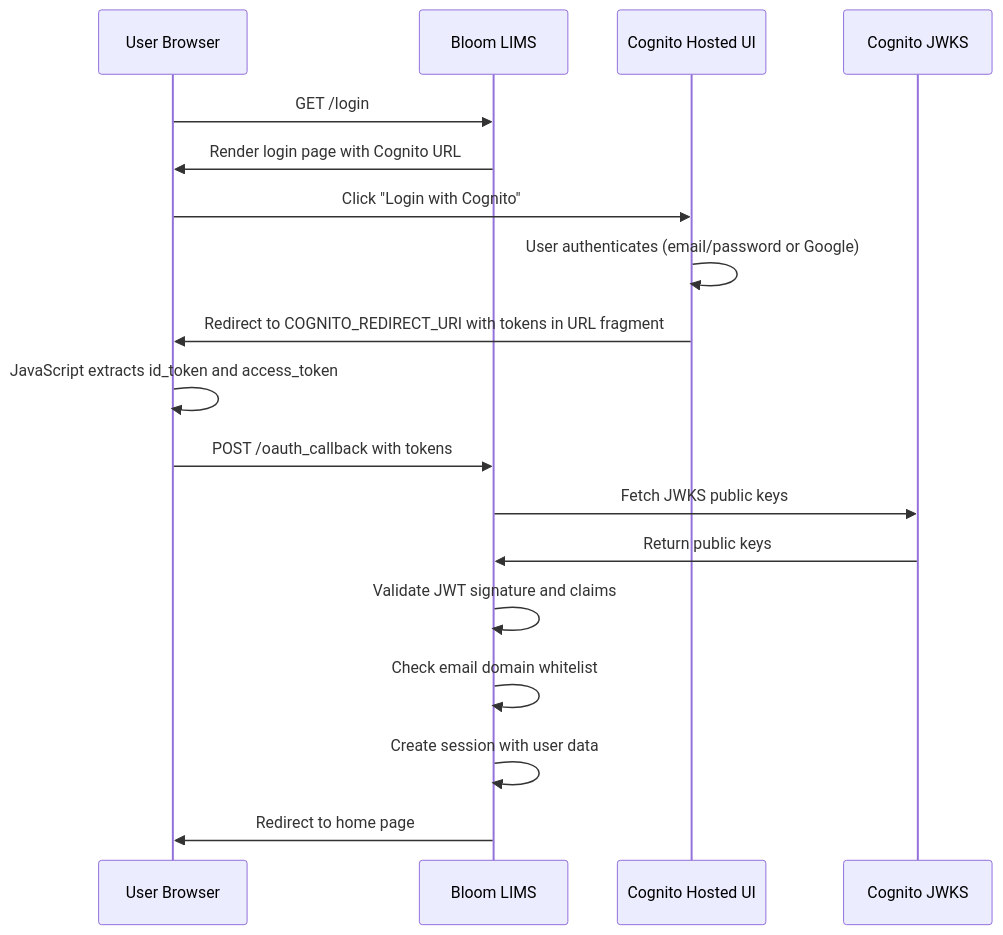
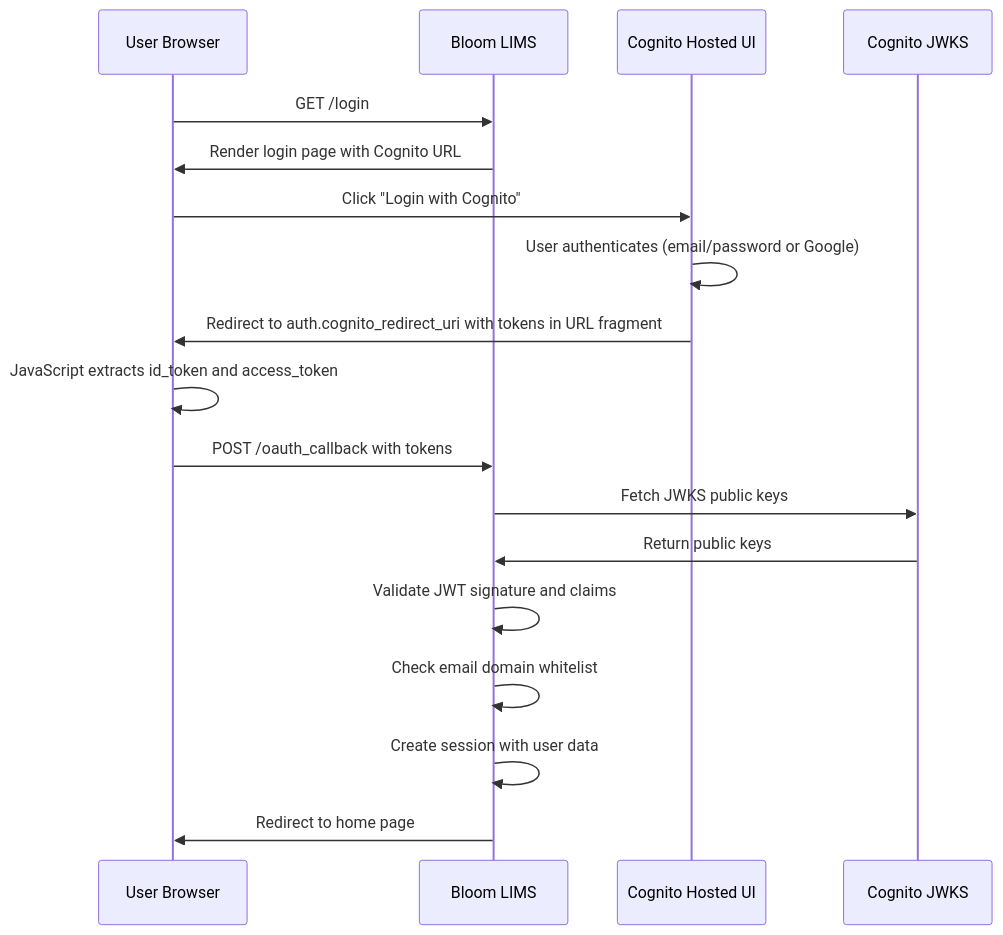
The diagram in bloom_lims/docs/cognito.md (Daylily-Informatics/bloom), drawn with Mermaid before and after one commit. The commit also changed other lines of this file and 11 other files, not shown here.

````diff
--- a/bloom_lims/docs/cognito.md
+++ b/bloom_lims/docs/cognito.md
@@ -469,21 +447,21 @@
 ```mermaid
 sequenceDiagram
     participant U as User Browser
     participant B as Bloom LIMS
     participant C as Cognito Hosted UI
     participant J as Cognito JWKS
 
     U->>B: GET /login
     B->>U: Render login page with Cognito URL
     U->>C: Click "Login with Cognito"
     C->>C: User authenticates (email/password or Google)
-    C->>U: Redirect to COGNITO_REDIRECT_URI with tokens in URL fragment
+    C->>U: Redirect to auth.cognito_redirect_uri with tokens in URL fragment
     U->>U: JavaScript extracts id_token and access_token
     U->>B: POST /oauth_callback with tokens
     B->>J: Fetch JWKS public keys
     J->>B: Return public keys
     B->>B: Validate JWT signature and claims
     B->>B: Check email domain whitelist
     B->>B: Create session with user data
     B->>U: Redirect to home page
 ```
````
